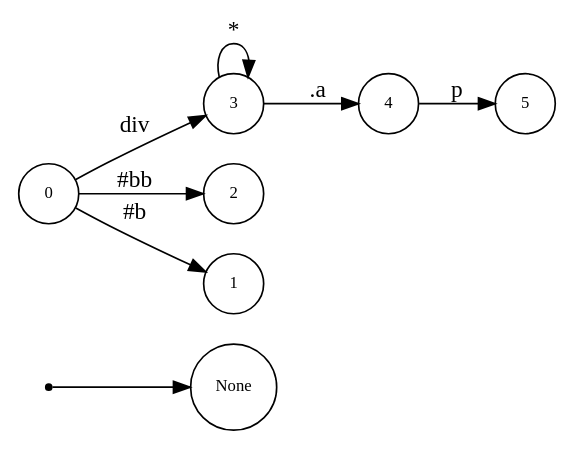
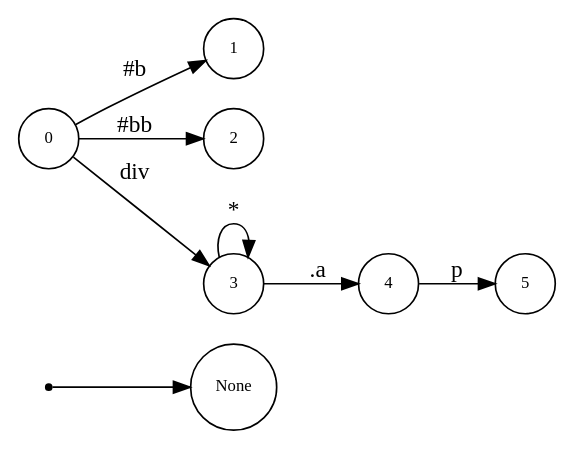
One commit to asukaminato0721/css-bitvector-compiler changed the diagram in css-gen-op/testcase/dot_tri.dot. Above: the diagram before and after it, drawn with Graphviz. The commit also changed other lines of this file and 24 other files, not shown here.

```diff
--- a/css-gen-op/testcase/dot_tri.dot
+++ b/css-gen-op/testcase/dot_tri.dot
@@ -1,19 +1,19 @@
 digraph NFA {
   rankdir=LR;
   node [shape=circle, fontsize=10];
   __start [shape=point, label=""];
   __start -> None;
-  5 [label="5"];
-  3 [label="3"];
-  2 [label="2"];
   4 [label="4"];
   1 [label="1"];
   0 [label="0"];
+  2 [label="2"];
+  5 [label="5"];
+  3 [label="3"];
   { node [shape=doublecircle]; 1 2 5 }
   0 -> 1 [label="#b"];
   0 -> 2 [label="#bb"];
   0 -> 3 [label="div"];
   3 -> 3 [label="*"];
   3 -> 4 [label=".a"];
   4 -> 5 [label="p"];
 }
```
